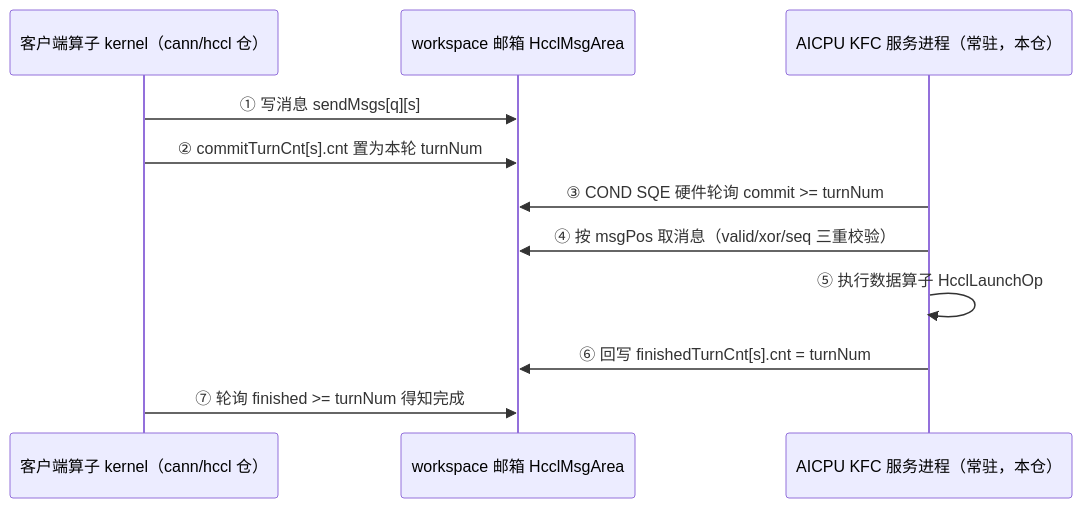
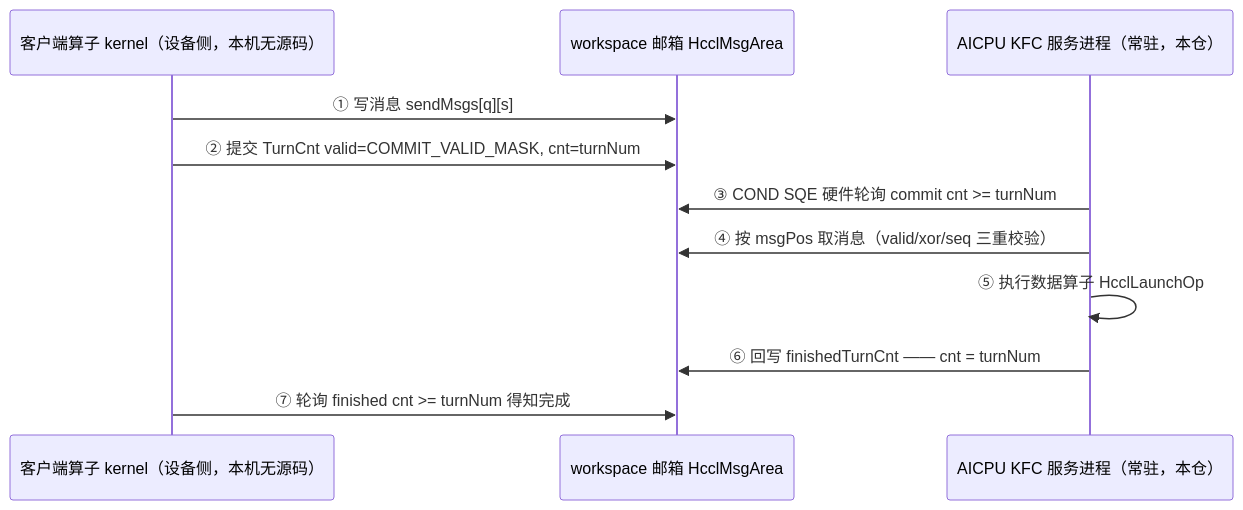
The second of 3 diagrams in docs/310p/hcomm-GM标志消息同步机制.md (10wvw01/memfabric_hybrid), drawn with Mermaid before and after one commit. The commit also changed other lines of this file, not shown here.

Commit message:
docs(310p): 勘误——邮箱布局权威头实为本机CANN安装目录(hccl_msg.h);按权威定义重写布局(TurnCnt=64B行/64槽/48队列/16MB每通信域)并补计数vs队列模式官方取舍

````diff
--- a/docs/310p/hcomm-GM标志消息同步机制.md
+++ b/docs/310p/hcomm-GM标志消息同步机制.md
@@ -165,13 +207,13 @@
 ```mermaid
 sequenceDiagram
-    participant C as 客户端算子 kernel（cann/hccl 仓）
+    participant C as 客户端算子 kernel（设备侧，本机无源码）
     participant W as workspace 邮箱 HcclMsgArea
     participant S as AICPU KFC 服务进程（常驻，本仓）
     C->>W: ① 写消息 sendMsgs[q][s]
-    C->>W: ② commitTurnCnt[s].cnt 置为本轮 turnNum
-    S->>W: ③ COND SQE 硬件轮询 commit >= turnNum
+    C->>W: ② 提交 TurnCnt valid=COMMIT_VALID_MASK, cnt=turnNum
+    S->>W: ③ COND SQE 硬件轮询 commit cnt >= turnNum
     S->>W: ④ 按 msgPos 取消息（valid/xor/seq 三重校验）
     S->>S: ⑤ 执行数据算子 HcclLaunchOp
-    S->>W: ⑥ 回写 finishedTurnCnt[s].cnt = turnNum
-    C->>W: ⑦ 轮询 finished >= turnNum 得知完成
+    S->>W: ⑥ 回写 finishedTurnCnt —— cnt = turnNum
+    C->>W: ⑦ 轮询 finished cnt >= turnNum 得知完成
 ```
````
